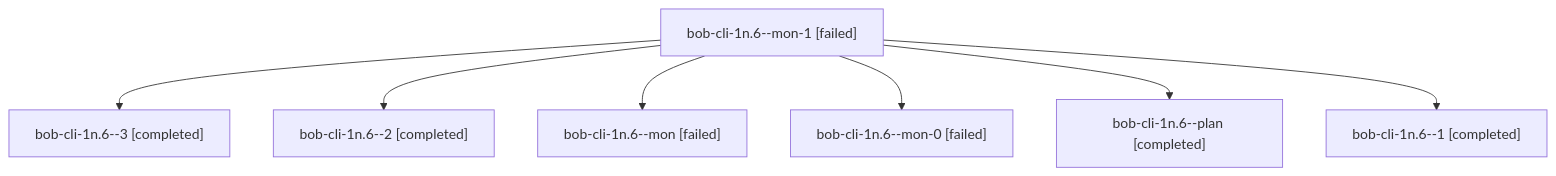
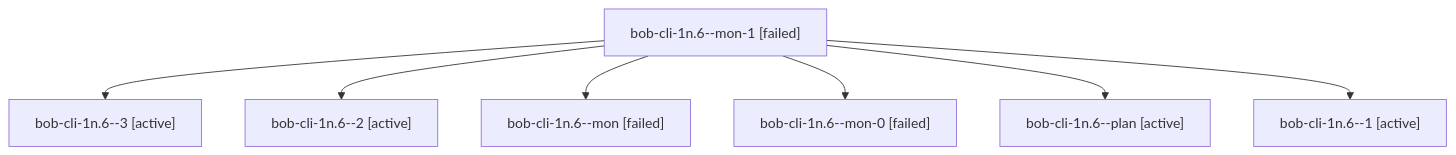
The diagram in families/bbugyi200.athena.bob-cli-1n.6.md (bobs-org/bob-cli--agents), drawn with Mermaid before and after one commit. The commit also changed other lines of this file and 1279 other files, not shown here.

````diff
--- a/families/bbugyi200.athena.bob-cli-1n.6.md
+++ b/families/bbugyi200.athena.bob-cli-1n.6.md
@@ -9,16 +9,16 @@
 ```mermaid
 flowchart TD
   n0["bob-cli-1n.6--mon-1 [failed]"]
-  n1["bob-cli-1n.6--3 [completed]"]
+  n1["bob-cli-1n.6--3 [active]"]
   n0 --> n1
-  n2["bob-cli-1n.6--2 [completed]"]
+  n2["bob-cli-1n.6--2 [active]"]
   n0 --> n2
   n3["bob-cli-1n.6--mon [failed]"]
   n0 --> n3
   n4["bob-cli-1n.6--mon-0 [failed]"]
   n0 --> n4
-  n5["bob-cli-1n.6--plan [completed]"]
+  n5["bob-cli-1n.6--plan [active]"]
   n0 --> n5
-  n6["bob-cli-1n.6--1 [completed]"]
+  n6["bob-cli-1n.6--1 [active]"]
   n0 --> n6
 ```
````
